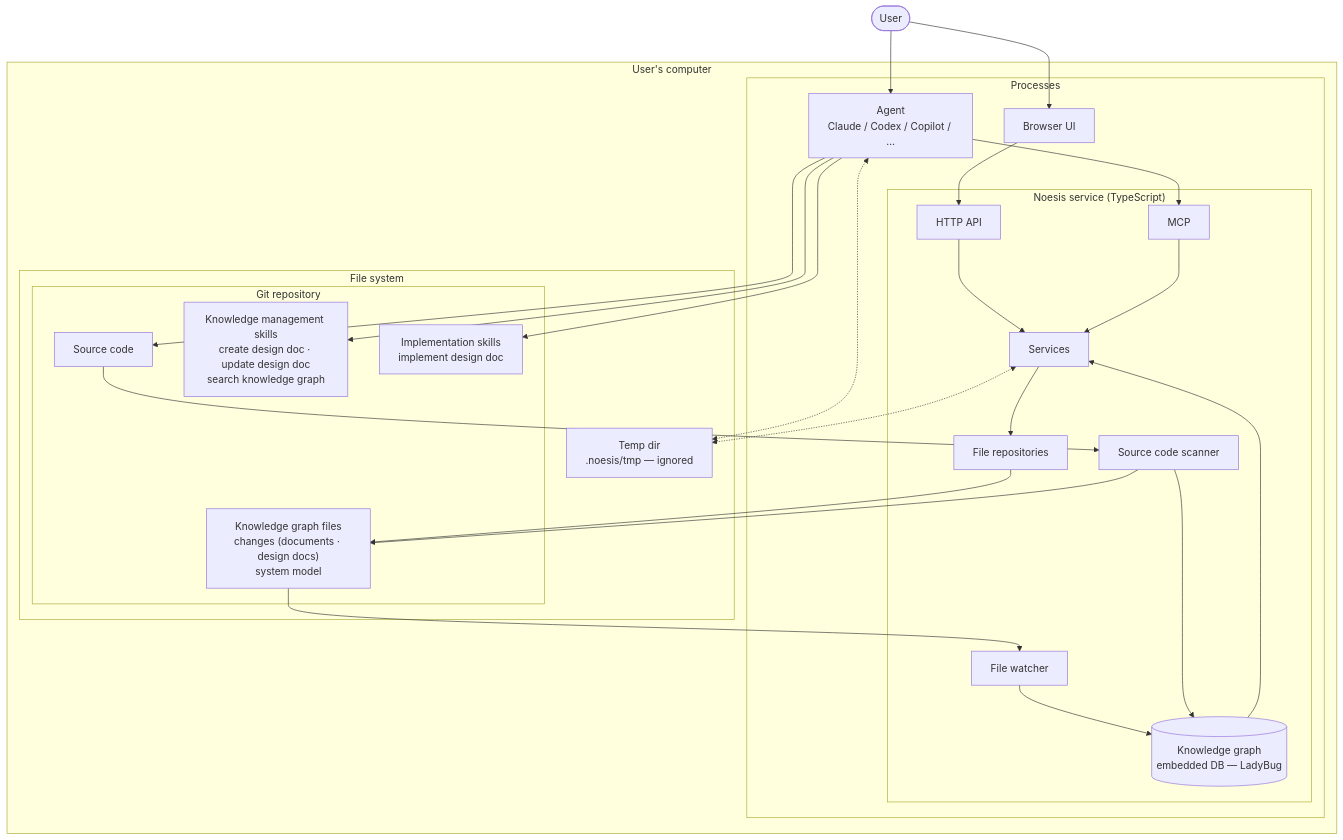
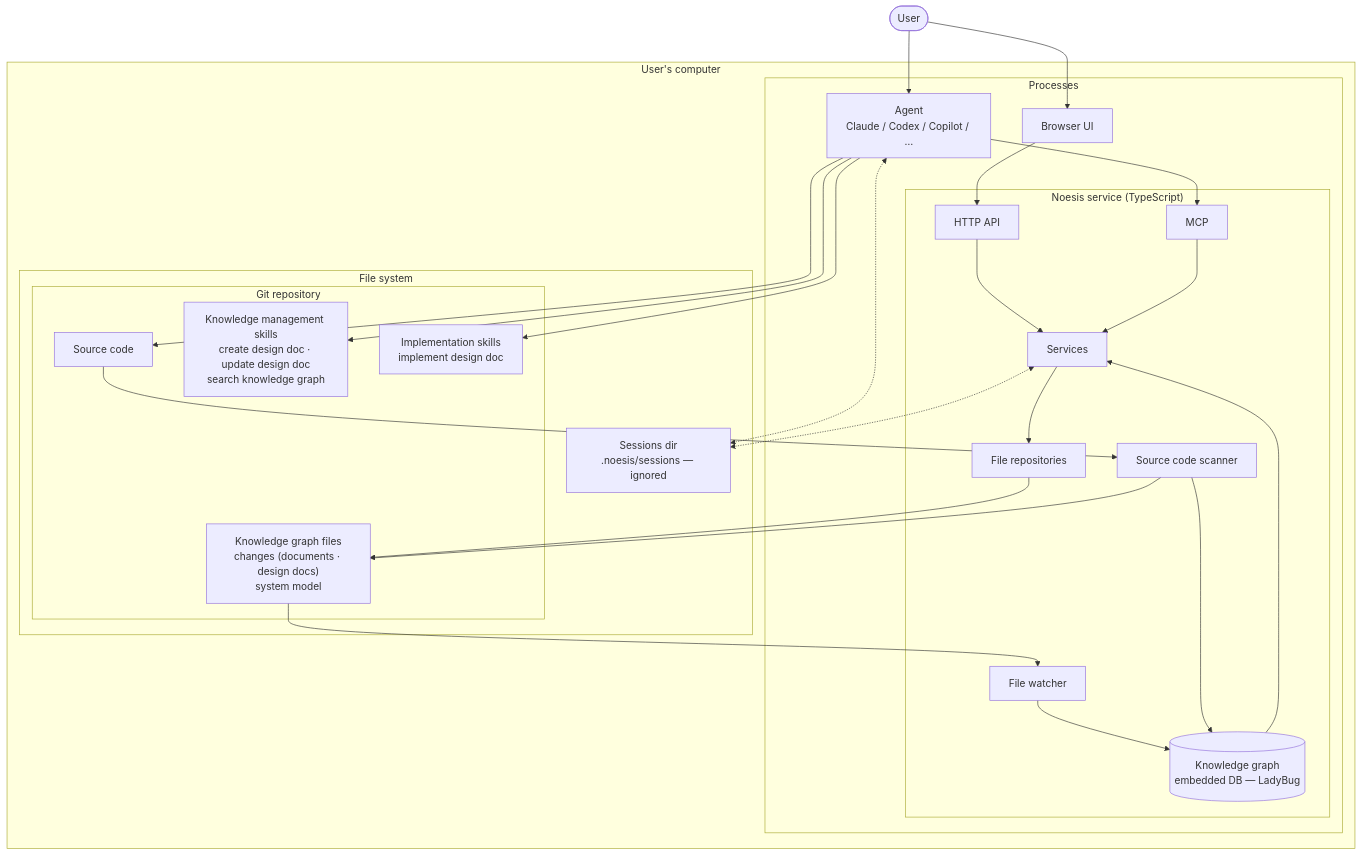
One commit to NoesisVision/noesis changed the diagram in docs/arch/ARCHITECTURE.md. Above: the diagram before and after it, drawn with Mermaid. The commit also changed other lines of this file and 61 other files, not shown here.

````diff
--- a/docs/arch/ARCHITECTURE.md
+++ b/docs/arch/ARCHITECTURE.md
@@ -11,50 +11,50 @@
 ```mermaid
 flowchart TB
     user([User])
 
     subgraph computer["User's computer"]
         subgraph processes["Processes"]
             ui["Browser UI"]
             agent["Agent<br/>Claude / Codex / Copilot / …"]
 
             subgraph noesis["Noesis service (TypeScript)"]
                 api["HTTP API"]
                 mcp["MCP"]
                 services["Services"]
                 kgdb[("Knowledge graph<br/>embedded DB — LadyBug")]
                 repos["File repositories"]
                 watcher["File watcher"]
                 scanner["Source code scanner"]
             end
         end
 
         subgraph filesystem["File system"]
-            tmp["Temp dir<br/>.noesis/tmp — ignored"]
+            sessions["Sessions dir<br/>.noesis/sessions — ignored"]
 
             subgraph repo["Git repository"]
                 src["Source code"]
                 kg["Knowledge graph files<br/>changes (documents · design docs)<br/>system model"]
                 kskills["Knowledge management skills<br/>create design doc · update design doc<br/>search knowledge graph"]
                 iskills["Implementation skills<br/>implement design doc"]
             end
         end
     end
 
     user --> ui
     user --> agent
 
     ui --> api --> services
     agent --> mcp --> services
-    agent <-.-> tmp
-    services <-.-> tmp
+    agent <-.-> sessions
+    services <-.-> sessions
 
     agent --> kskills
     agent --> iskills
     agent --> src
 
     services --> repos --> kg
     kg --> watcher --> kgdb
     kgdb --> services
     src --> scanner --> kgdb
     scanner --> kg
 ```
````
